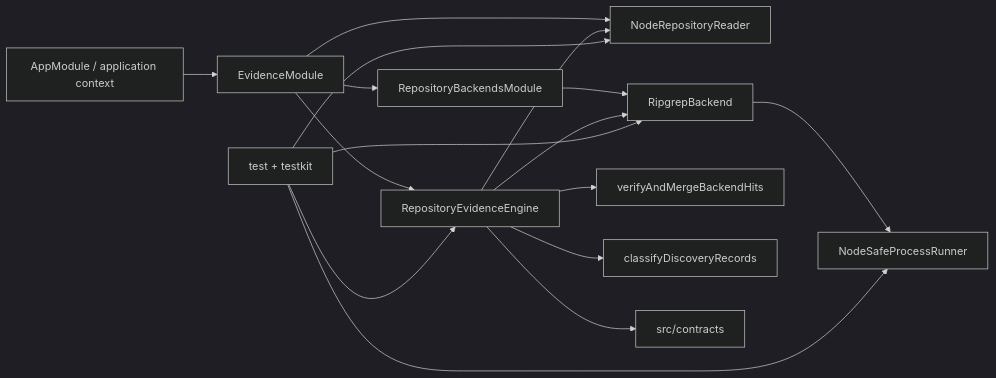
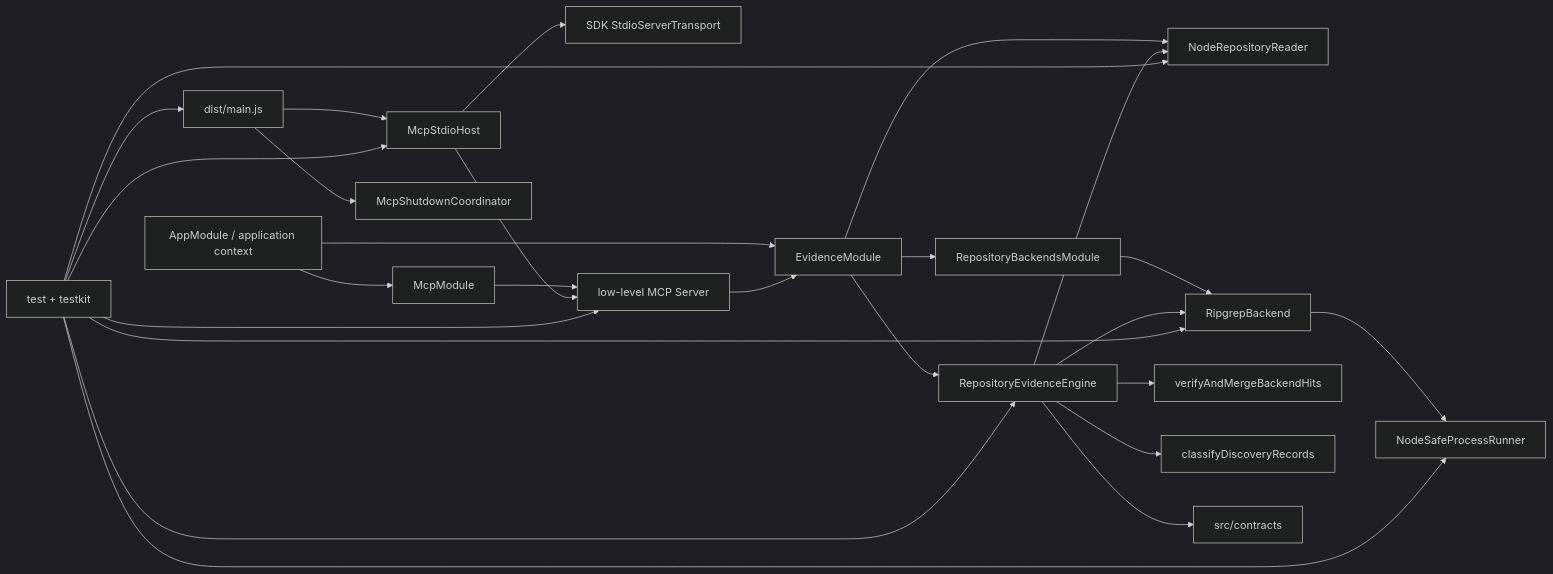
Before and after one commit to gchigoo/repo-nav: the diagram in .codestable/architecture/system-repo-nav-foundation.md, drawn with Mermaid (dark theme). The commit also changed other lines of this file and 43 other files, not shown here.

Commit message:
feat: expose repository evidence over MCP

````diff
--- a/.codestable/architecture/system-repo-nav-foundation.md
+++ b/.codestable/architecture/system-repo-nav-foundation.md
@@ -31,18 +34,28 @@
 ```mermaid
 flowchart LR
   App["AppModule / application context"] --> Evidence["EvidenceModule"]
+  App --> Mcp["McpModule"]
+  Entry["dist/main.js"] --> Host["McpStdioHost"]
+  Entry --> Shutdown["McpShutdownCoordinator"]
+  Host --> Transport["SDK StdioServerTransport"]
+  Mcp --> Server["low-level MCP Server"]
+  Host --> Server
+  Server --> Evidence
   Evidence --> Engine["RepositoryEvidenceEngine"]
   Evidence --> Reader["NodeRepositoryReader"]
   Evidence --> Backends["RepositoryBackendsModule"]
   Backends --> Ripgrep["RipgrepBackend"]
   Ripgrep --> Process["NodeSafeProcessRunner"]
   Engine --> Ripgrep
   Engine --> Reader
   Engine --> Merge["verifyAndMergeBackendHits"]
   Engine --> Classifier["classifyDiscoveryRecords"]
   Engine --> Contracts["src/contracts"]
   Tests["test + testkit"] --> Engine
   Tests --> Ripgrep
   Tests --> Reader
   Tests --> Process
+  Tests --> Server
+  Tests --> Host
+  Tests --> Entry
 ```
````
